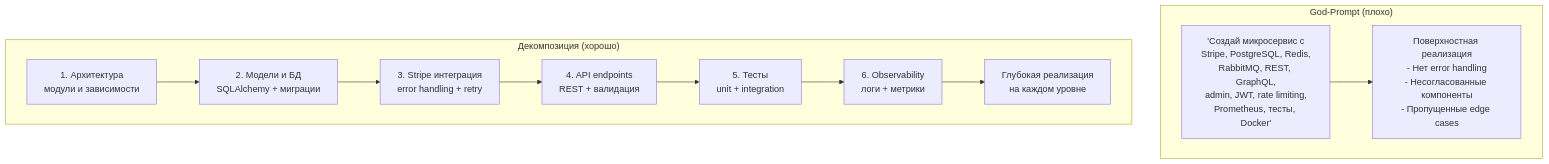
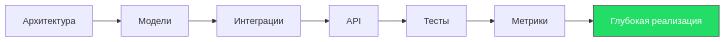
The second of 2 diagrams in course/module-3-prompting/diagrams/god-prompt-vs-decomposition.md (maddevsio/ai-adoption-course), drawn with Mermaid before and after one commit. The commit also changed other lines of this file and 14 other files, not shown here.

````diff
--- a/course/module-3-prompting/diagrams/god-prompt-vs-decomposition.md
+++ b/course/module-3-prompting/diagrams/god-prompt-vs-decomposition.md
@@ -5,19 +14,7 @@
 ```mermaid
-flowchart TB
-    subgraph bad["God-Prompt (плохо)"]
-        GP["'Создай микросервис с\nStripe, PostgreSQL, Redis,\nRabbitMQ, REST, GraphQL,\nadmin, JWT, rate limiting,\nPrometheus, тесты, Docker'"]
-        GP --> Result1["Поверхностная реализация\n- Нет error handling\n- Несогласованные компоненты\n- Пропущенные edge cases"]
-    end
+flowchart LR
+    D1["Архитектура"] --> D2["Модели"] --> D3["Интеграции"] --> D4["API"] --> D5["Тесты"] --> D6["Метрики"]
+    D6 --> R2["Глубокая реализация"]
 
-    subgraph good["Декомпозиция (хорошо)"]
-        D1["1. Архитектура\nмодули и зависимости"]
-        D2["2. Модели и БД\nSQLAlchemy + миграции"]
-        D3["3. Stripe интеграция\nerror handling + retry"]
-        D4["4. API endpoints\nREST + валидация"]
-        D5["5. Тесты\nunit + integration"]
-        D6["6. Observability\nлоги + метрики"]
-
-        D1 --> D2 --> D3 --> D4 --> D5 --> D6
-        D6 --> Result2["Глубокая реализация\nна каждом уровне"]
-    end
+    style R2 fill:#2d6,stroke:#333,color:#fff
 ```
````
